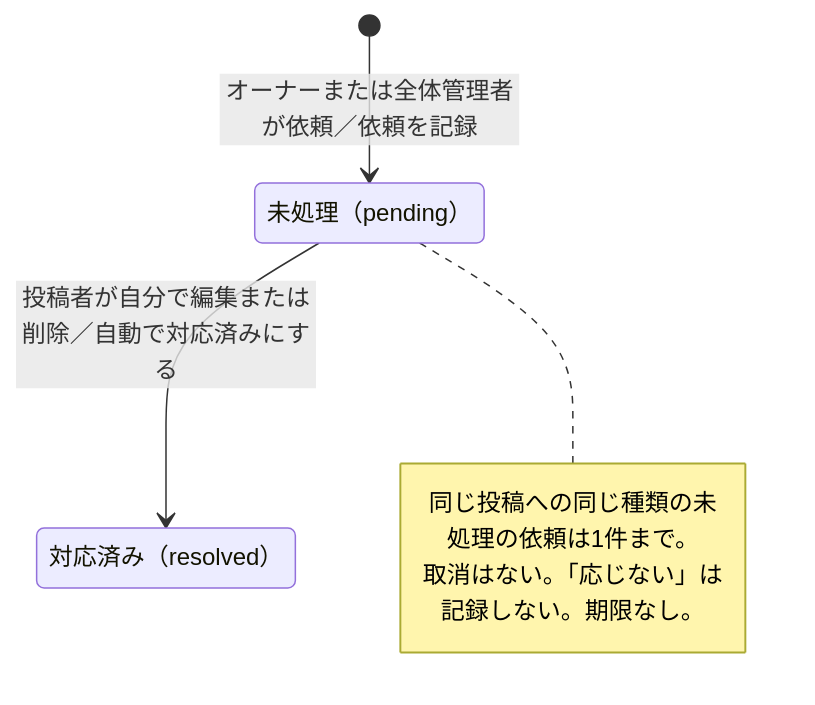
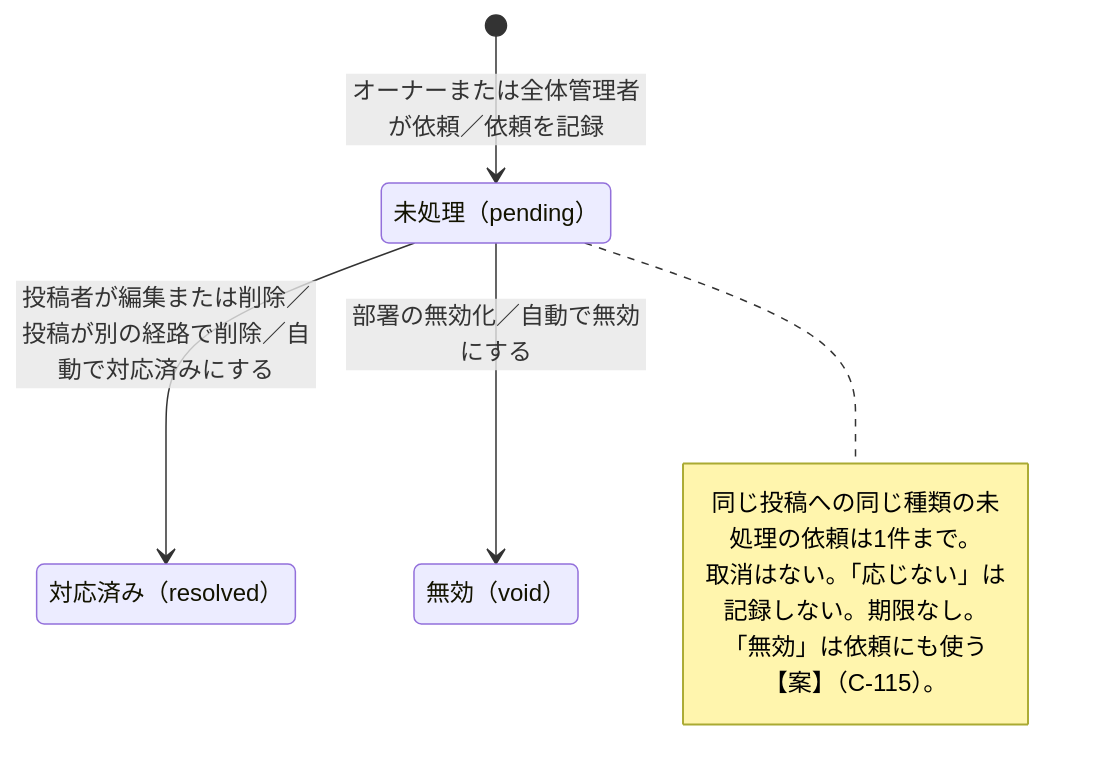
One commit to yamamotonaoki3/internal-system changed the ninth of 10 diagrams in docs/requirements/state-transitions.md. Above: the diagram before and after it, drawn with Mermaid. The commit also changed other lines of this file and 10 other files, not shown here.

````diff
--- a/docs/requirements/state-transitions.md
+++ b/docs/requirements/state-transitions.md
@@ -232,11 +234,14 @@
 ```mermaid
 stateDiagram-v2
     state "未処理（pending）" as ReqPending
     state "対応済み（resolved）" as ReqResolved
+    state "無効（void）" as ReqVoid
     [*] --> ReqPending: オーナーまたは全体管理者が依頼／依頼を記録
-    ReqPending --> ReqResolved: 投稿者が自分で編集または削除／自動で対応済みにする
+    ReqPending --> ReqResolved: 投稿者が編集または削除／投稿が別の経路で削除／自動で対応済みにする
+    ReqPending --> ReqVoid: 部署の無効化／自動で無効にする
     note right of ReqPending
         同じ投稿への同じ種類の未処理の依頼は1件まで。
         取消はない。「応じない」は記録しない。期限なし。
+        「無効」は依頼にも使う【案】（C-115）。
     end note
 ```
````
